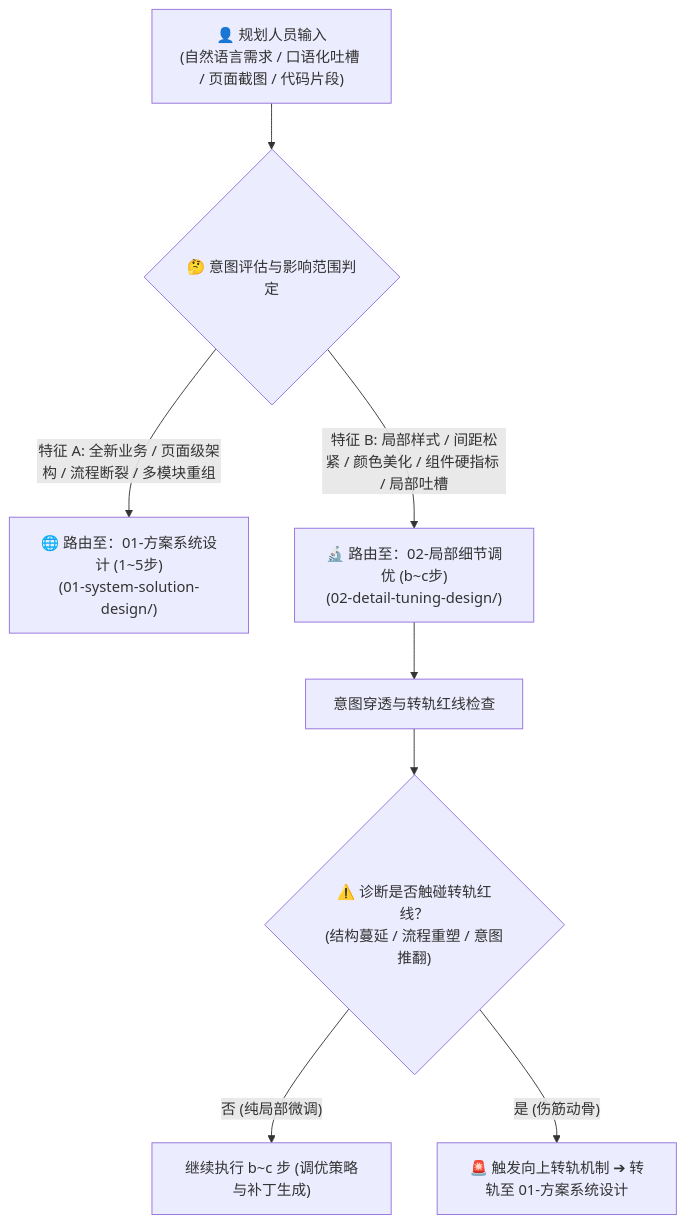
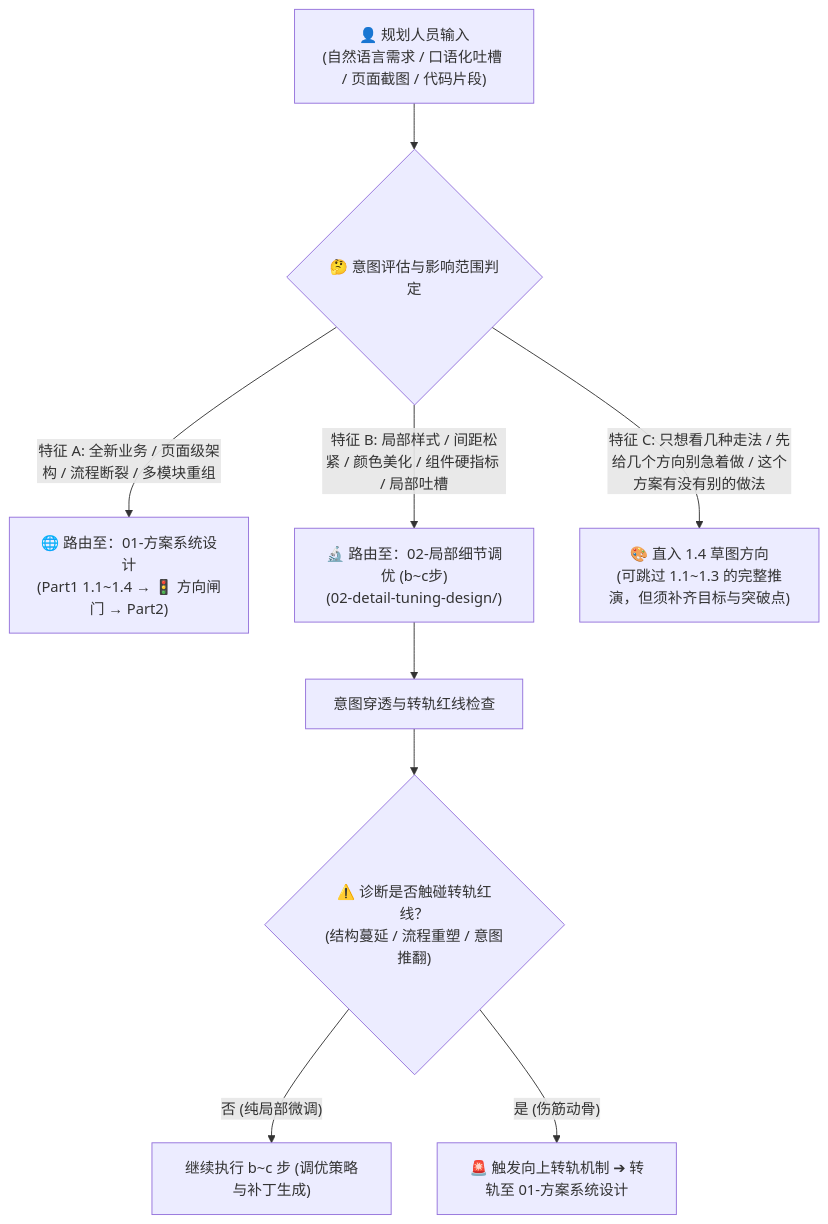
Before and after one commit to wangjue2026/skill-designer-prism: the diagram in 00-triage-and-routing/triage-rules.md, drawn with Mermaid. The commit also changed other lines of this file and 37 other files, not shown here.

First line of the commit message:
docs(design-flow): 收敛 1.1/1.2 指南，新增 1.3/1.4 并同步说明书模板与样例

````diff
--- a/00-triage-and-routing/triage-rules.md
+++ b/00-triage-and-routing/triage-rules.md
@@ -11,13 +11,14 @@
 ```mermaid
 graph TD
     Input["👤 规划人员输入<br>(自然语言需求 / 口语化吐槽 / 页面截图 / 代码片段)"] --> Eval{"🤔 意图评估与影响范围判定"}
     
-    Eval -->|"特征 A: 全新业务 / 页面级架构 / 流程断裂 / 多模块重组"| Track1["🌐 路由至：01-方案系统设计 (1~5步)<br>(01-system-solution-design/)"]
+    Eval -->|"特征 A: 全新业务 / 页面级架构 / 流程断裂 / 多模块重组"| Track1["🌐 路由至：01-方案系统设计<br>(Part1 1.1~1.4 → 🚦 方向闸门 → Part2)"]
     Eval -->|"特征 B: 局部样式 / 间距松紧 / 颜色美化 / 组件硬指标 / 局部吐槽"| Track2["🔬 路由至：02-局部细节调优 (b~c步)<br>(02-detail-tuning-design/)"]
+    Eval -->|"特征 C: 只想看几种走法 / 先给几个方向别急着做 / 这个方案有没有别的做法"| Track3["🎨 直入 1.4 草图方向<br>(可跳过 1.1~1.3 的完整推演，但须补齐目标与突破点)"]
     
     Track2 --> StepA["意图穿透与转轨红线检查"]
     StepA --> DeepEval{"⚠️ 诊断是否触碰转轨红线？<br>(结构蔓延 / 流程重塑 / 意图推翻)"}
     
     DeepEval -->|"否 (纯局部微调)"| StepBC["继续执行 b~c 步 (调优策略与补丁生成)"]
     DeepEval -->|"是 (伤筋动骨)"| Escalation["🚨 触发向上转轨机制 ➔ 转轨至 01-方案系统设计"]
 ```
````
